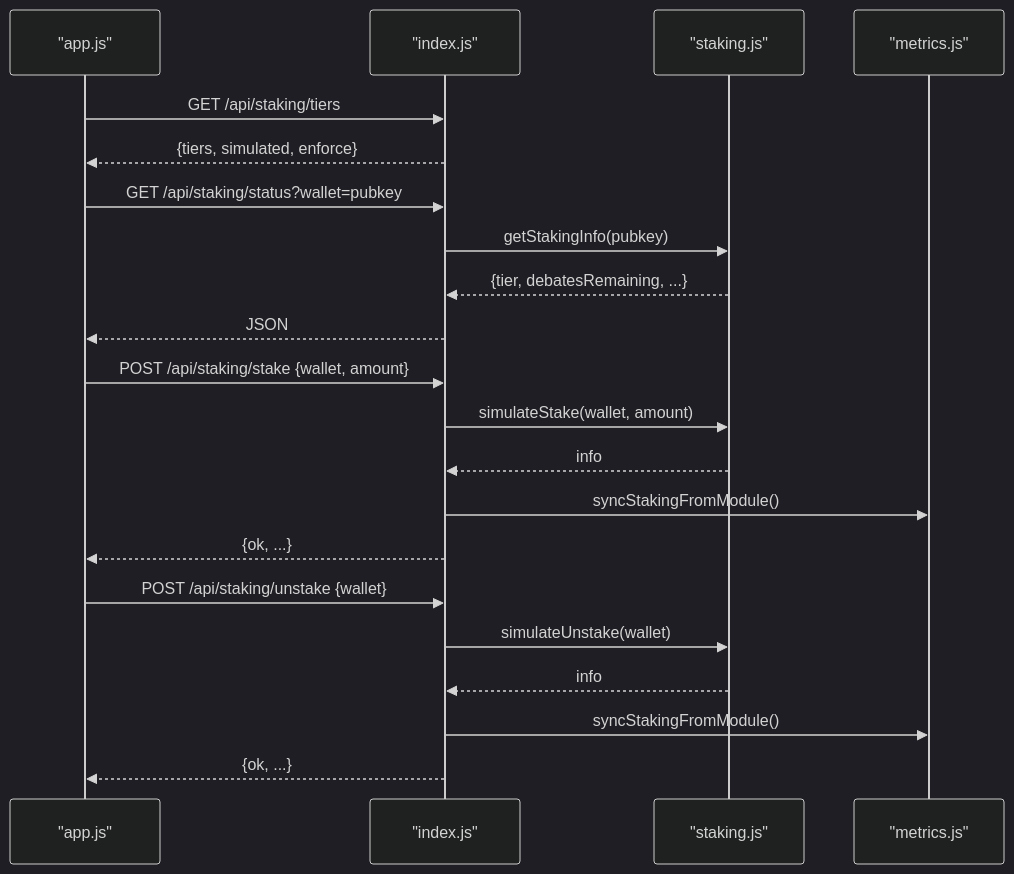
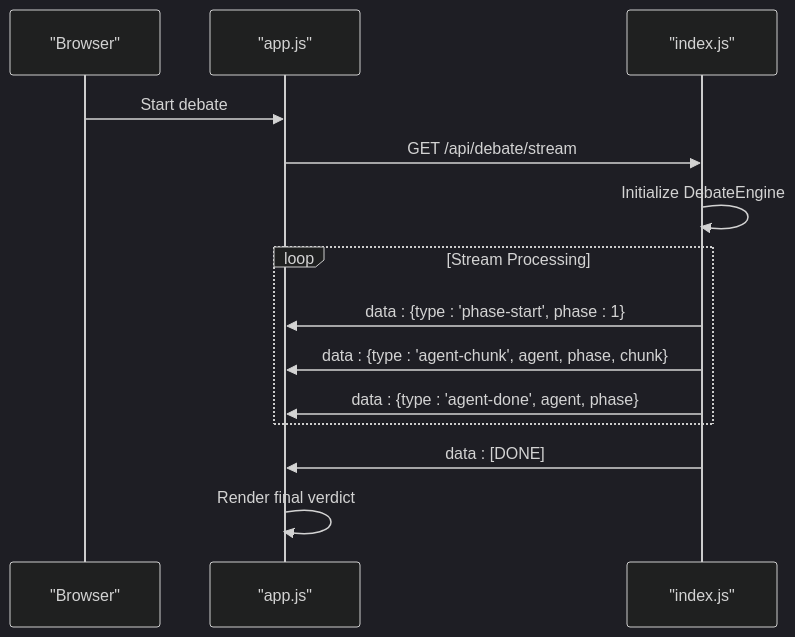
One commit to RunTimeAdmin/tri-ai changed the fourth of 6 diagrams in .qoder/repowiki/en/content/Staking & Access Control System/Staking & Access Control System.md. Above: the diagram before and after it, drawn with Mermaid (dark theme). The commit also changed other lines of this file and 46 other files, not shown here.

Commit message:
Harden API security, add debate persistence, clean up repo

````diff
--- a/.qoder/repowiki/en/content/Staking & Access Control System/Staking & Access Control System.md
+++ b/.qoder/repowiki/en/content/Staking & Access Control System/Staking & Access Control System.md
@@ -225,23 +149,16 @@
 ```mermaid
 sequenceDiagram
+participant Client as "Browser"
 participant FE as "app.js"
 participant BE as "index.js"
-participant Stake as "staking.js"
-participant Met as "metrics.js"
-FE->>BE : GET /api/staking/tiers
-BE-->>FE : {tiers, simulated, enforce}
-FE->>BE : GET /api/staking/status?wallet=pubkey
-BE->>Stake : getStakingInfo(pubkey)
-Stake-->>BE : {tier, debatesRemaining, ...}
-BE-->>FE : JSON
-FE->>BE : POST /api/staking/stake {wallet, amount}
-BE->>Stake : simulateStake(wallet, amount)
-Stake-->>BE : info
-BE->>Met : syncStakingFromModule()
-BE-->>FE : {ok, ...}
-FE->>BE : POST /api/staking/unstake {wallet}
-BE->>Stake : simulateUnstake(wallet)
-Stake-->>BE : info
-BE->>Met : syncStakingFromModule()
-BE-->>FE : {ok, ...}
+Client->>FE : Start debate
+FE->>BE : GET /api/debate/stream
+BE->>BE : Initialize DebateEngine
+loop Stream Processing
+BE->>FE : data : {type : 'phase-start', phase : 1}
+BE->>FE : data : {type : 'agent-chunk', agent, phase, chunk}
+BE->>FE : data : {type : 'agent-done', agent, phase}
+end
+BE->>FE : data : [DONE]
+FE->>FE : Render final verdict
 ```
````
